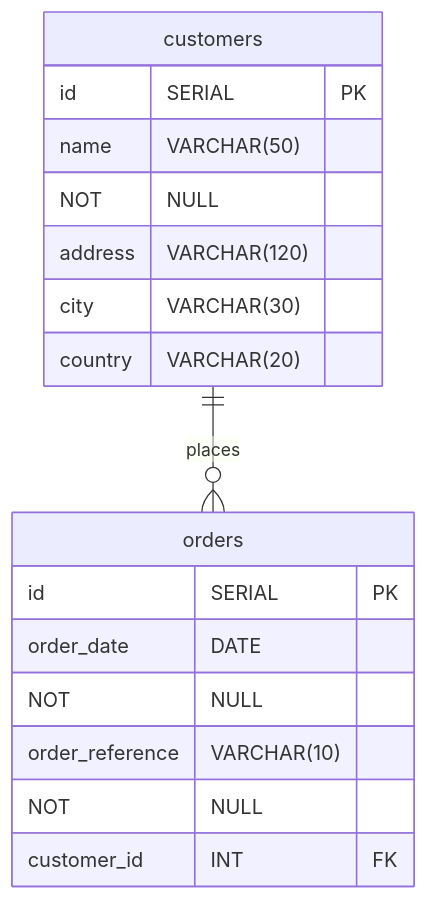
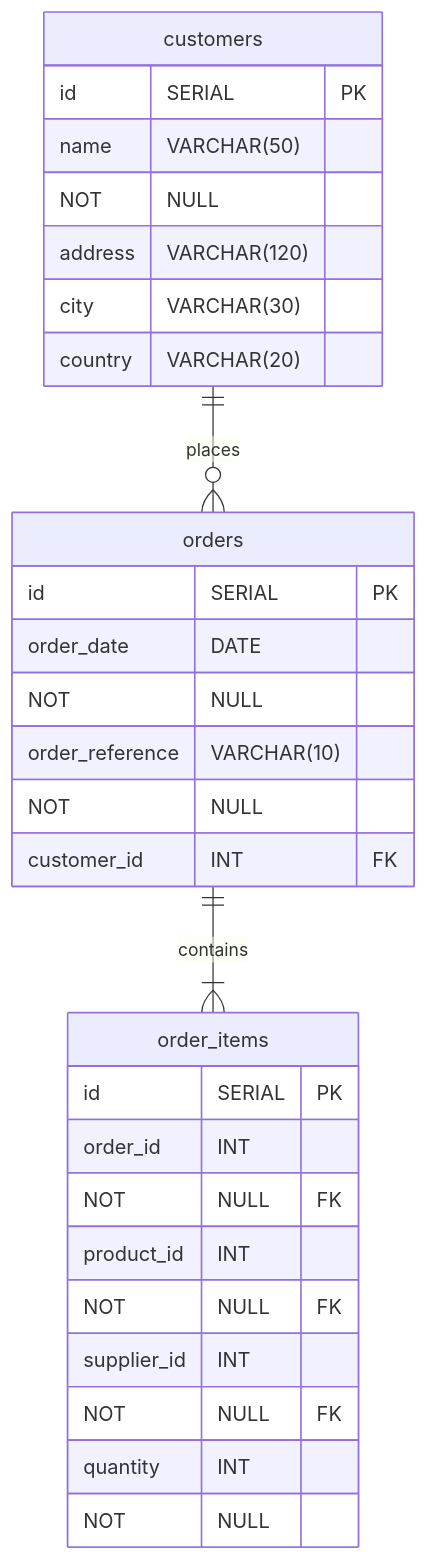
Before and after one commit to CodeYourFuture/Module-Databases: the diagram in E-Commerce/readme.md, drawn with Mermaid.

Commit message:
erDiagram between orders and order_items

````diff
--- a/E-Commerce/readme.md
+++ b/E-Commerce/readme.md
@@ -35,17 +35,26 @@
 ```mermaid
 erDiagram
     customers {
 id SERIAL PK
 name VARCHAR(50) NOT NULL
 address VARCHAR(120)
 city VARCHAR(30)
 country VARCHAR(20)
     }
     customers ||--o{ orders : places
     orders {
         id SERIAL PK
     order_date DATE NOT NULL
     order_reference VARCHAR(10) NOT NULL
     customer_id INT FK
     }
+    orders ||--|{ order_items : contains
+
+order_items {
+id SERIAL PK
+order_id INT NOT NULL FK
+product_id INT NOT NULL FK
+supplier_id INT NOT NULL FK
+quantity INT NOT NULL
+}
 ```
````
